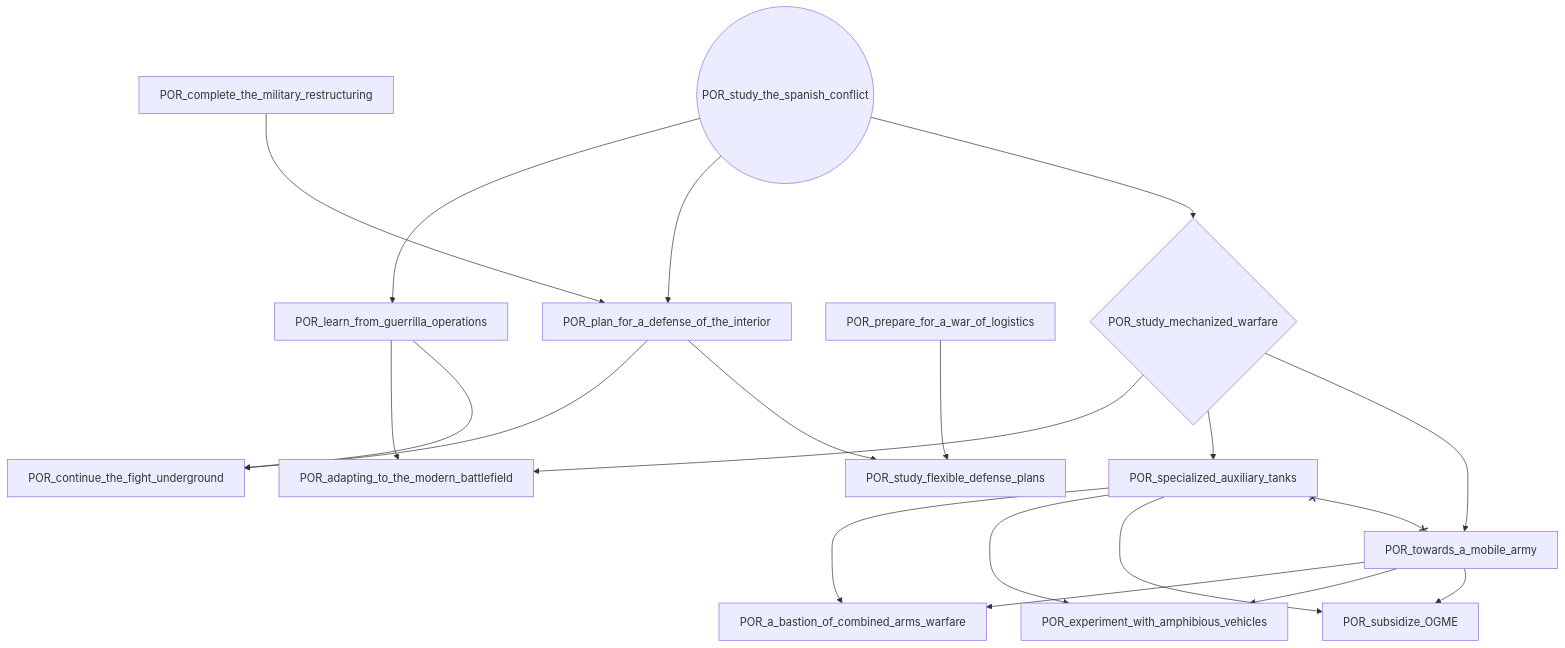
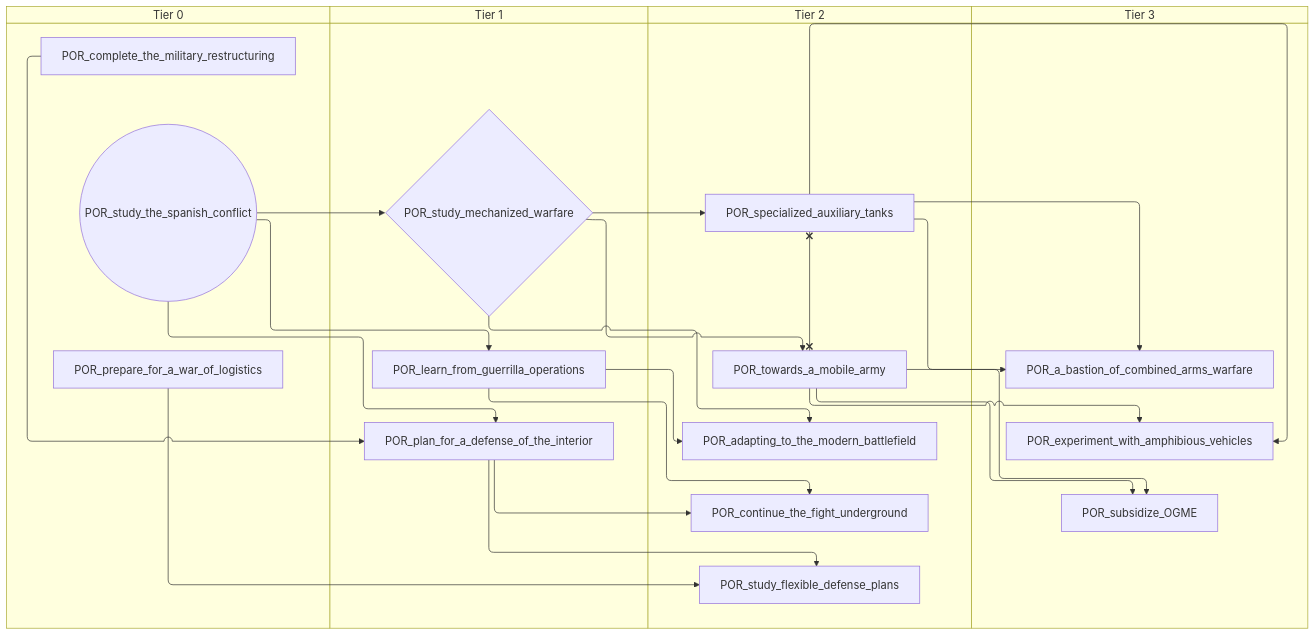
Before and after one commit to evgeny-sobol/hoi4-sandbox-mode-r56: the sixth of 7 diagrams in docs/gdd/National Focuses/r56_portugal.md, drawn with Mermaid. The commit also changed other lines of this file and 423 other files, not shown here.

First line of the commit message:
Re-export Rt56 focus trees as swimlane diagrams

````diff
--- a/docs/gdd/National Focuses/r56_portugal.md
+++ b/docs/gdd/National Focuses/r56_portugal.md
@@ -336,36 +392,44 @@
 ```mermaid
-flowchart TD
-    n123["POR_a_bastion_of_combined_arms_warfare"]
-    n124["POR_adapting_to_the_modern_battlefield"]
-    n2["POR_complete_the_military_restructuring"]
-    n5["POR_continue_the_fight_underground"]
-    n125["POR_experiment_with_amphibious_vehicles"]
-    n13["POR_learn_from_guerrilla_operations"]
-    n18["POR_plan_for_a_defense_of_the_interior"]
-    n19["POR_prepare_for_a_war_of_logistics"]
-    n126["POR_specialized_auxiliary_tanks"]
-    n21["POR_study_flexible_defense_plans"]
-    n127{"POR_study_mechanized_warfare"}
-    n22(("POR_study_the_spanish_conflict"))
-    n128["POR_subsidize_OGME"]
-    n129["POR_towards_a_mobile_army"]
-    n129 --> n123
-    n126 --> n123
-    n13 --> n124
-    n127 --> n124
-    n18 --> n5
-    n13 --> n5
-    n129 --> n125
-    n126 --> n125
-    n22 --> n13
-    n2 --> n18
-    n22 --> n18
-    n127 --> n126
-    n19 --> n21
-    n18 --> n21
-    n22 --> n127
-    n129 --> n128
+swimlane-beta TD
+    subgraph tier_0["Tier 0"]
+        n1["POR_complete_the_military_restructuring"]
+        n8["POR_prepare_for_a_war_of_logistics"]
+        n4(("POR_study_the_spanish_conflict"))
+    end
+    subgraph tier_1["Tier 1"]
+        n3["POR_learn_from_guerrilla_operations"]
+        n7["POR_plan_for_a_defense_of_the_interior"]
+        n123{"POR_study_mechanized_warfare"}
+    end
+    subgraph tier_2["Tier 2"]
+        n124["POR_adapting_to_the_modern_battlefield"]
+        n10["POR_continue_the_fight_underground"]
+        n125["POR_specialized_auxiliary_tanks"]
+        n16["POR_study_flexible_defense_plans"]
+        n126["POR_towards_a_mobile_army"]
+    end
+    subgraph tier_3["Tier 3"]
+        n127["POR_a_bastion_of_combined_arms_warfare"]
+        n128["POR_experiment_with_amphibious_vehicles"]
+        n129["POR_subsidize_OGME"]
+    end
+    n126 --> n127
+    n125 --> n127
+    n3 --> n124
+    n123 --> n124
+    n7 --> n10
+    n3 --> n10
     n126 --> n128
-    n127 --> n129
-    n126 x--x n129
+    n125 --> n128
+    n4 --> n3
+    n1 --> n7
+    n4 --> n7
+    n123 --> n125
+    n8 --> n16
+    n7 --> n16
+    n4 --> n123
+    n126 --> n129
+    n125 --> n129
+    n123 --> n126
+    n125 x--x n126
 ```
````
